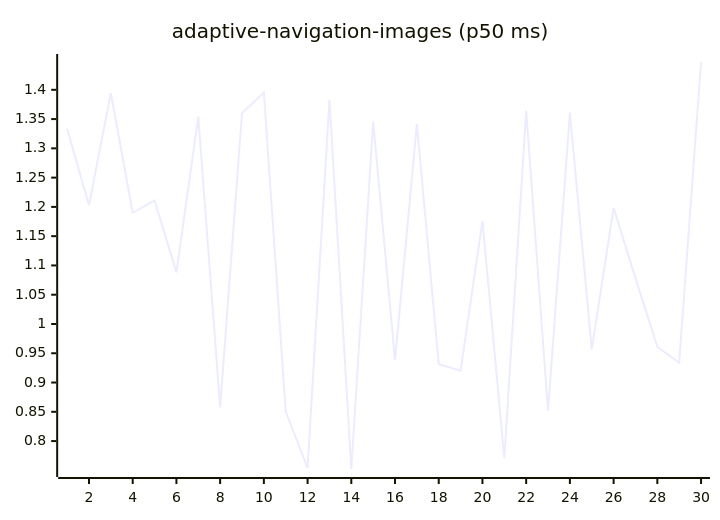
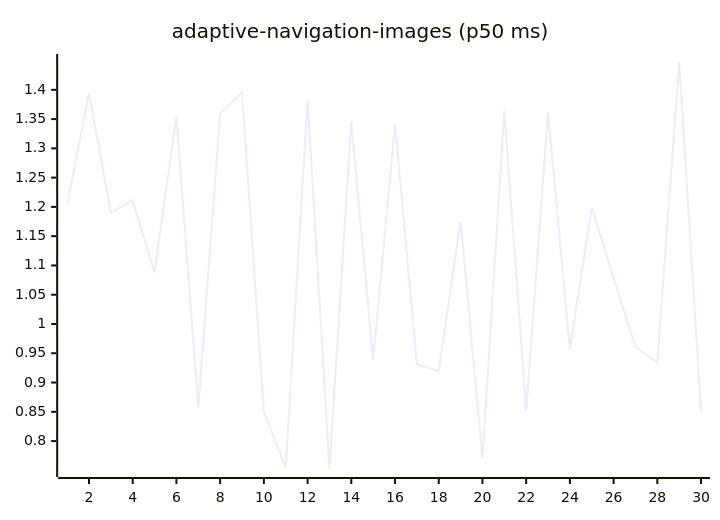
The first of 27 diagrams in README.md (josha/Facet), drawn with Mermaid before and after one commit. The commit also changed other lines of this file and 2 other files, not shown here.

````diff
--- a/README.md
+++ b/README.md
@@ -63,6 +63,6 @@
 ```mermaid
 xychart-beta
     title "adaptive-navigation-images (p50 ms)"
     x-axis 1 --> 30
-    line [1.3336, 1.2030, 1.3942, 1.1900, 1.2110, 1.0882, 1.3541, 0.8576, 1.3599, 1.3956, 0.8504, 0.7540, 1.3829, 0.7523, 1.3455, 0.9380, 1.3415, 0.9312, 0.9201, 1.1763, 0.7707, 1.3642, 0.8516, 1.3610, 0.9567, 1.1983, 1.0783, 0.9612, 0.9339, 1.4475]
+    line [1.2030, 1.3942, 1.1900, 1.2110, 1.0882, 1.3541, 0.8576, 1.3599, 1.3956, 0.8504, 0.7540, 1.3829, 0.7523, 1.3455, 0.9380, 1.3415, 0.9312, 0.9201, 1.1763, 0.7707, 1.3642, 0.8516, 1.3610, 0.9567, 1.1983, 1.0783, 0.9612, 0.9339, 1.4475, 0.8514]
 ```
````
